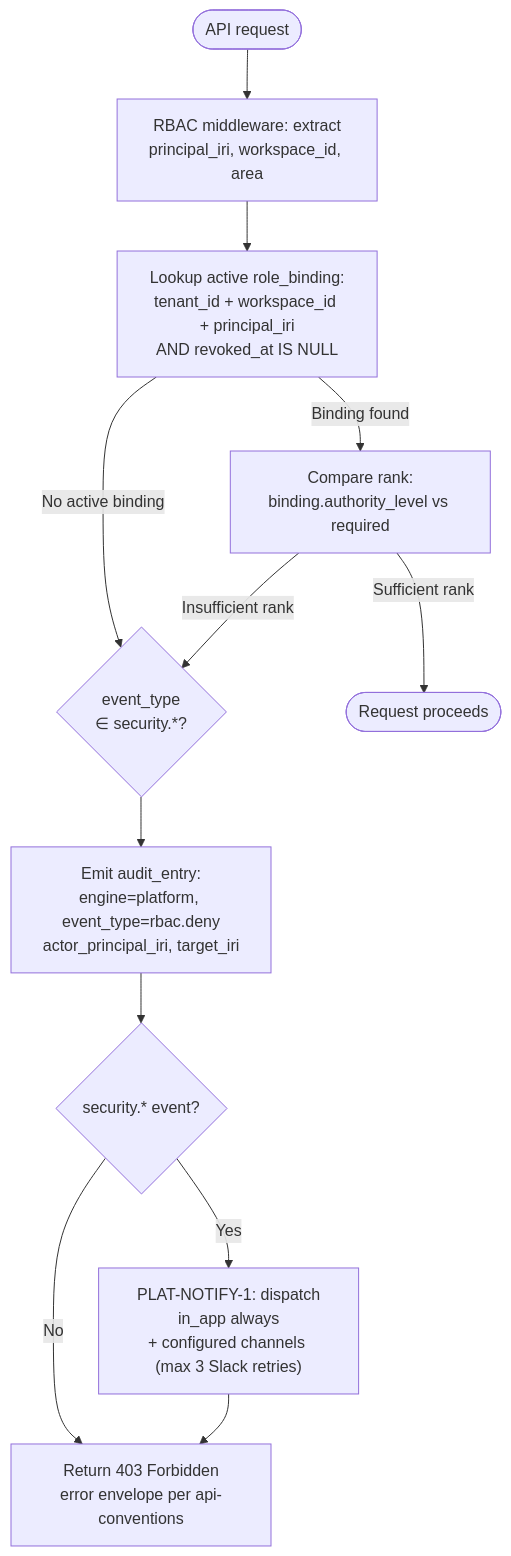
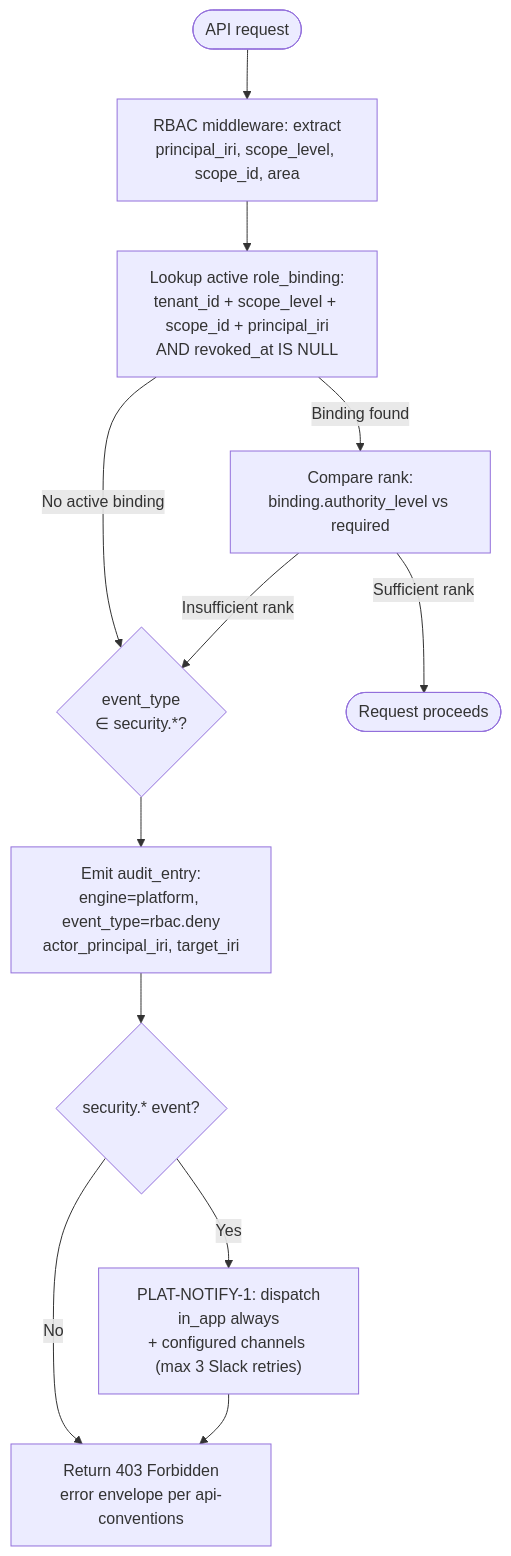
One commit to gazzwi86/weave changed the fourth of 10 diagrams in docs/specs/weave/engines/weave-platform/tech-spec/business-process.md. Above: the diagram before and after it, drawn with Mermaid. The commit also changed other lines of this file and 17 other files, not shown here.

````diff
--- a/docs/specs/weave/engines/weave-platform/tech-spec/business-process.md
+++ b/docs/specs/weave/engines/weave-platform/tech-spec/business-process.md
@@ -134,14 +136,14 @@
 ```mermaid
 flowchart TD
-    A(["API request"]) --> B["RBAC middleware: extract<br/>principal_iri, workspace_id, area"]
-    B --> C["Lookup active role_binding:<br/>tenant_id + workspace_id + principal_iri<br/>AND revoked_at IS NULL"]
+    A(["API request"]) --> B["RBAC middleware: extract<br/>principal_iri, scope_level, scope_id, area"]
+    B --> C["Lookup active role_binding:<br/>tenant_id + scope_level + scope_id + principal_iri<br/>AND revoked_at IS NULL"]
     C -->|No active binding| D{event_type<br/>∈ security.*?}
     C -->|Binding found| E["Compare rank:<br/>binding.authority_level vs required"]
     E -->|Insufficient rank| D
     E -->|Sufficient rank| F(["Request proceeds"])
     D --> G["Emit audit_entry:<br/>engine=platform, event_type=rbac.deny<br/>actor_principal_iri, target_iri"]
     G --> H{security.* event?}
     H -->|Yes| I["PLAT-NOTIFY-1: dispatch<br/>in_app always<br/>+ configured channels (max 3 Slack retries)"]
     H -->|No| J
     I --> J["Return 403 Forbidden<br/>error envelope per api-conventions"]
 ```
````
